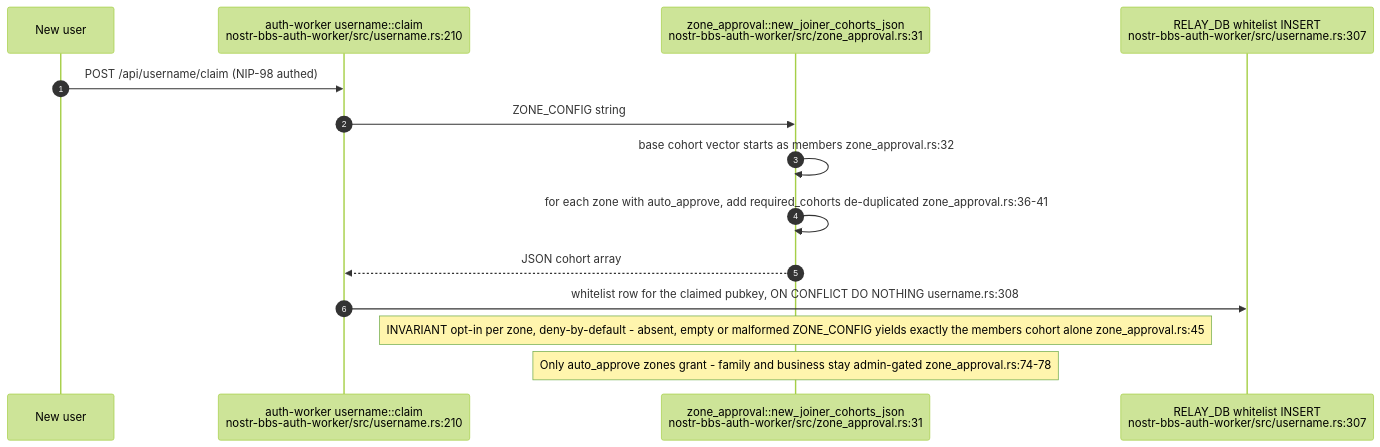
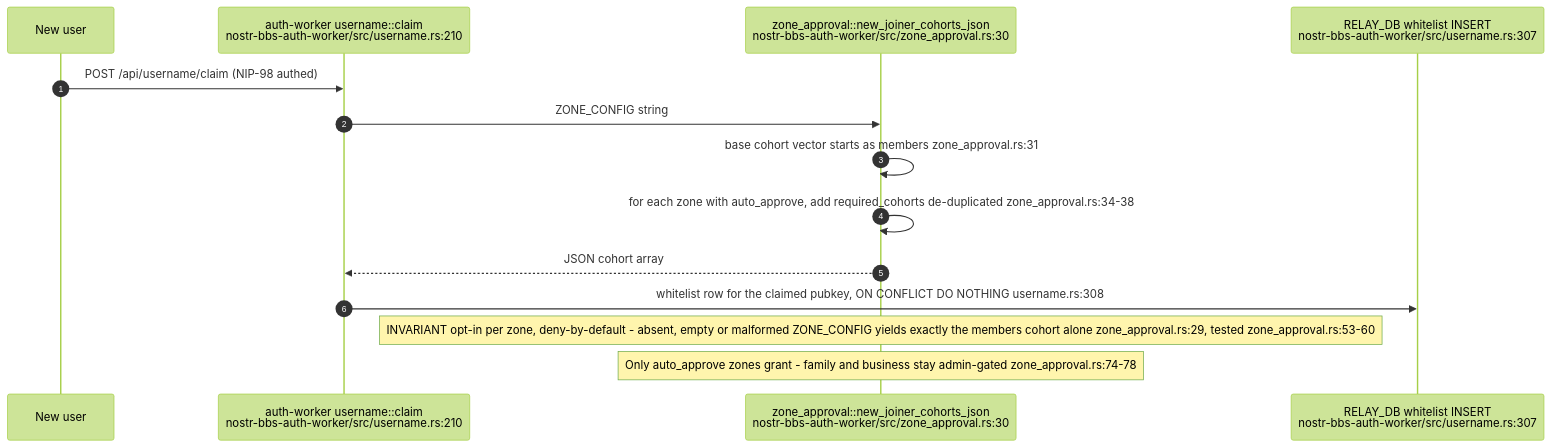
Before and after one commit to DreamLab-AI/VisionFlow: the third of 9 diagrams in docs/diagrams/nostr-rust-forum/08-config-zones-stores-and-admin-authority.md, drawn with Mermaid (forest theme). The commit also changed other lines of this file and 91 other files, not shown here.

````diff
--- a/docs/diagrams/nostr-rust-forum/08-config-zones-stores-and-admin-authority.md
+++ b/docs/diagrams/nostr-rust-forum/08-config-zones-stores-and-admin-authority.md
@@ -106,18 +108,18 @@
 ```mermaid
 sequenceDiagram
     autonumber
     participant U as New user
     participant AW as auth-worker username::claim<br/>nostr-bbs-auth-worker/src/username.rs:210
-    participant ZA as zone_approval::new_joiner_cohorts_json<br/>nostr-bbs-auth-worker/src/zone_approval.rs:31
+    participant ZA as zone_approval::new_joiner_cohorts_json<br/>nostr-bbs-auth-worker/src/zone_approval.rs:30
     participant D1 as RELAY_DB whitelist INSERT<br/>nostr-bbs-auth-worker/src/username.rs:307
 
     U->>AW: POST /api/username/claim (NIP-98 authed)
     AW->>ZA: ZONE_CONFIG string
-    ZA->>ZA: base cohort vector starts as members zone_approval.rs:32
-    ZA->>ZA: for each zone with auto_approve, add required_cohorts de-duplicated zone_approval.rs:36-41
+    ZA->>ZA: base cohort vector starts as members zone_approval.rs:31
+    ZA->>ZA: for each zone with auto_approve, add required_cohorts de-duplicated zone_approval.rs:34-38
     ZA-->>AW: JSON cohort array
     AW->>D1: whitelist row for the claimed pubkey, ON CONFLICT DO NOTHING username.rs:308
 
-    Note over ZA: INVARIANT opt-in per zone, deny-by-default - absent, empty or malformed ZONE_CONFIG yields exactly the members cohort alone zone_approval.rs:45
+    Note over ZA: INVARIANT opt-in per zone, deny-by-default - absent, empty or malformed ZONE_CONFIG yields exactly the members cohort alone zone_approval.rs:29, tested zone_approval.rs:53-60
     Note over ZA: Only auto_approve zones grant - family and business stay admin-gated zone_approval.rs:74-78
 ```
````
